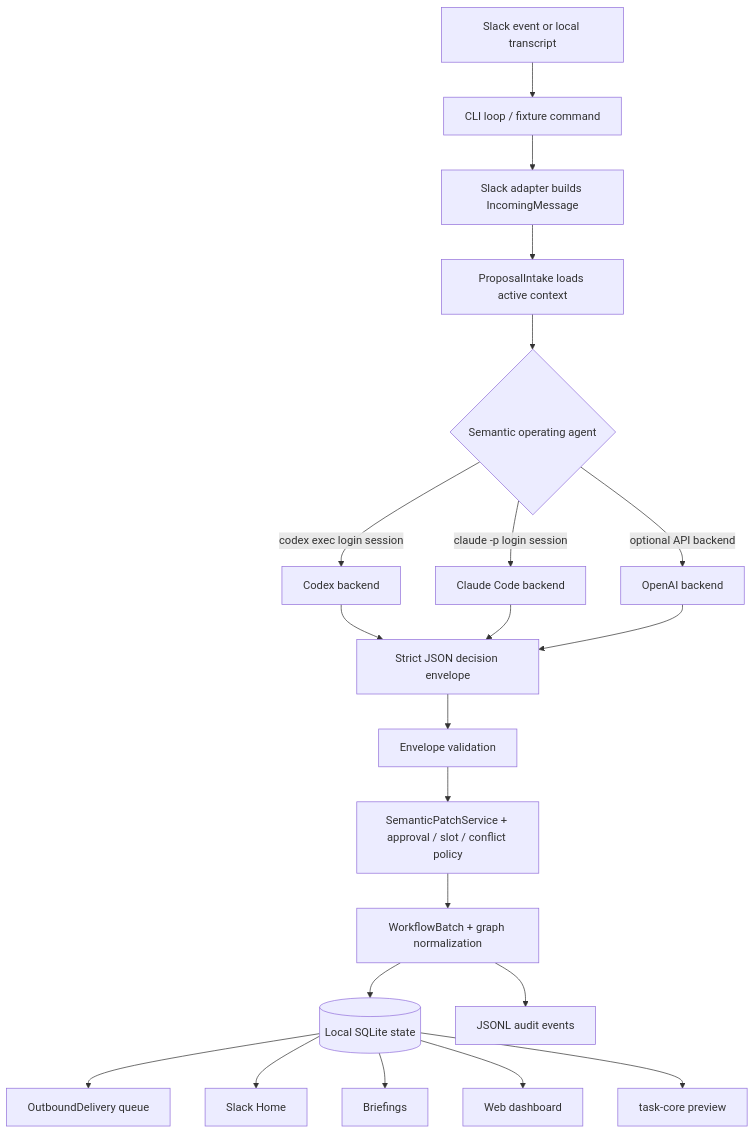
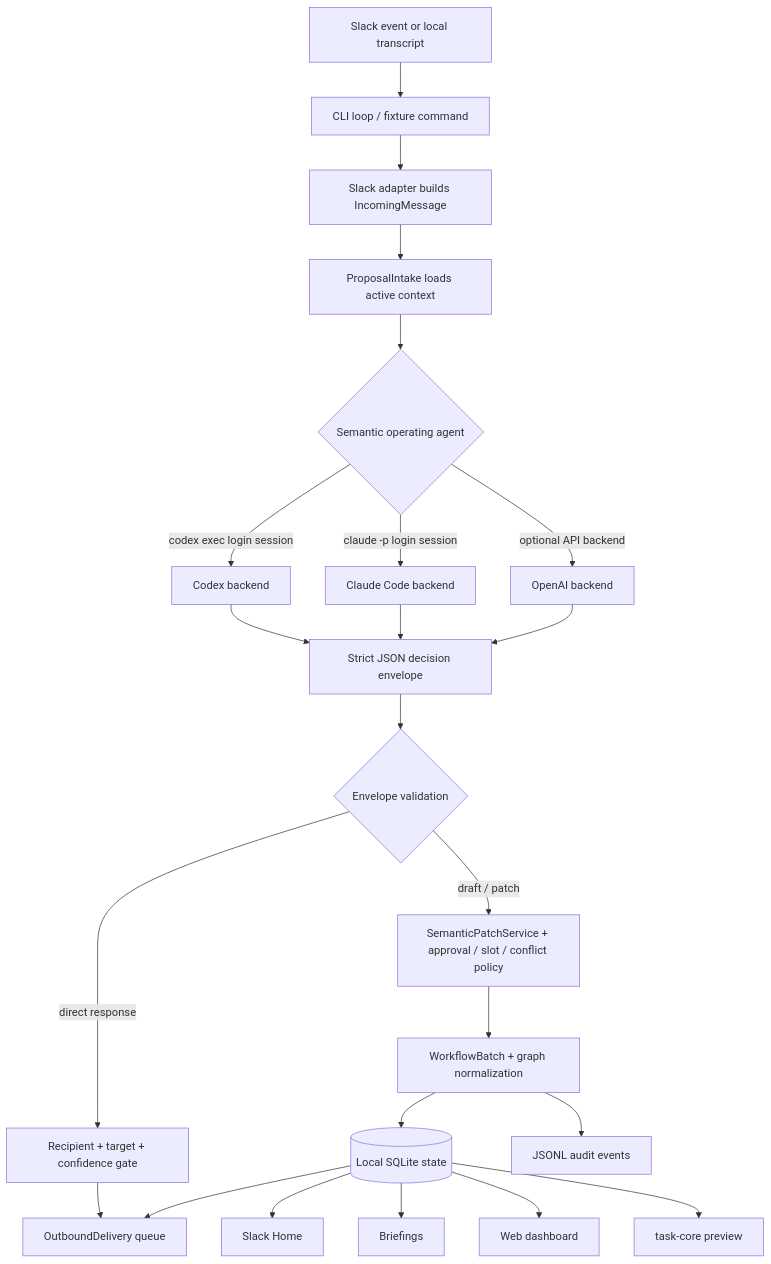
One commit to KOBIC-KBDS/task-management-clean-public changed the first of 9 diagrams in docs/agent-flow.md. Above: the diagram before and after it, drawn with Mermaid. The commit also changed other lines of this file and 22 other files, not shown here.

````diff
--- a/docs/agent-flow.md
+++ b/docs/agent-flow.md
@@ -59,23 +60,25 @@
 ```mermaid
 flowchart TD
   A[Slack event or local transcript] --> B[CLI loop / fixture command]
   B --> C[Slack adapter builds IncomingMessage]
   C --> D[ProposalIntake loads active context]
   D --> E{Semantic operating agent}
   E -->|codex exec login session| F[Codex backend]
   E -->|claude -p login session| G[Claude Code backend]
   E -->|optional API backend| H[OpenAI backend]
   F --> I[Strict JSON decision envelope]
   G --> I
   H --> I
-  I --> J[Envelope validation]
-  J --> K[SemanticPatchService + approval / slot / conflict policy]
+  I --> J{Envelope validation}
+  J -->|direct response| T[Recipient + target + confidence gate]
+  T --> O
+  J -->|draft / patch| K[SemanticPatchService + approval / slot / conflict policy]
   K --> L[WorkflowBatch + graph normalization]
   L --> M[(Local SQLite state)]
   L --> N[JSONL audit events]
   M --> O[OutboundDelivery queue]
   M --> P[Slack Home]
   M --> Q[Briefings]
   M --> R[Web dashboard]
   M --> S[task-core preview]
 ```
````
